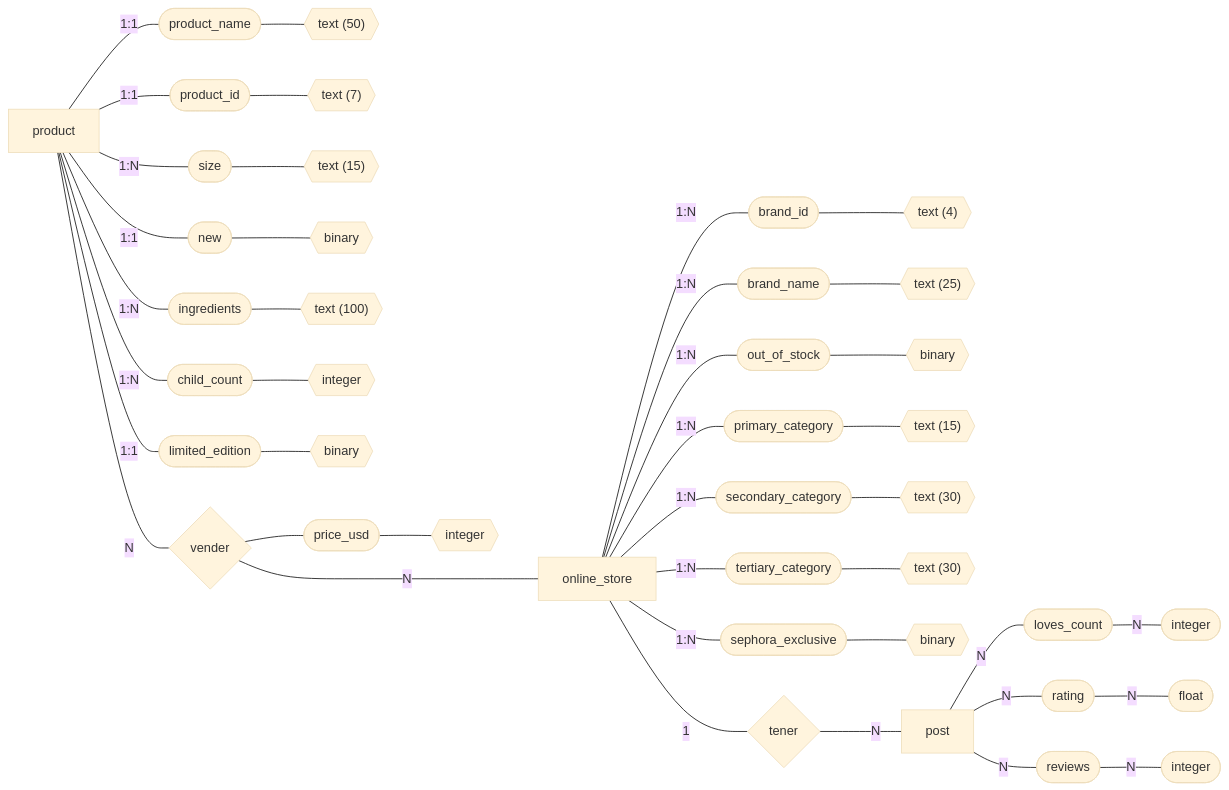
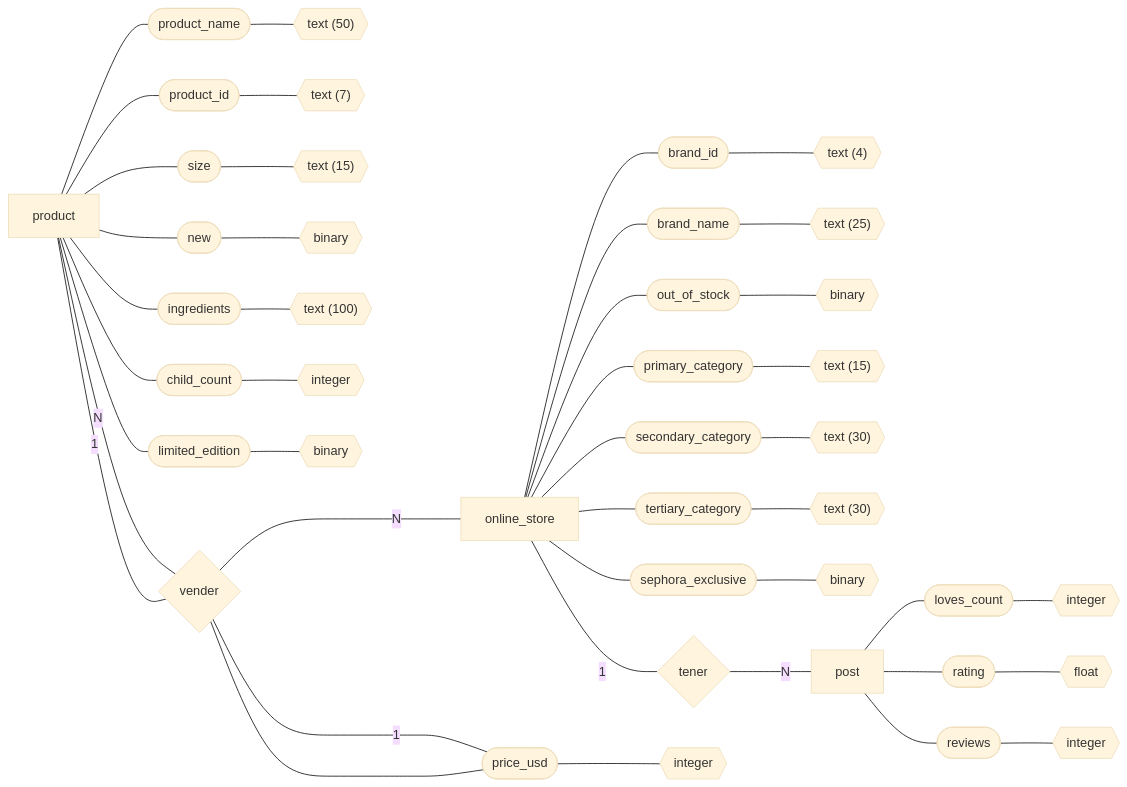
Before and after one commit to GracielaUscanga/claseBDR: the diagram in tarea2.md, drawn with Mermaid (base theme).

Commit message:
Correccion_tarea2

````diff
--- a/tarea2.md
+++ b/tarea2.md
@@ -4,48 +4,49 @@
 ```mermaid
 flowchart LR
-    product -- 1:1 --- product_name([product_name])
-    product -- 1:1 --- product_id([product_id])
-    product -- 1:N --- size([size])
-    product -- 1:1 --- new([new])
-    product -- 1:N --- ingredients([ingredients])
-    product -- 1:N --- child_count([child_count])
-    product -- 1:1 --- limited_edition([limited_edition])
+    product --- product_name([product_name])
+    product --- product_id([product_id])
+    product --- size([size])
+    product --- new([new])
+    product --- ingredients([ingredients])
+    product --- child_count([child_count])
+    product --- limited_edition([limited_edition])
 
     product_name --- texto1{{"text (50)"}}
     product_id --- texto2{{"text (7)"}}
     size --- texto3{{"text (15)"}}
     new --- texto4{{binary}}
     ingredients --- texto5{{"text (100)"}}
     child_count --- texto6{{integer}}
     limited_edition --- texto7{{binary}}
 
-    online_store -- 1:N --- brand_id([brand_id])
-    online_store -- 1:N --- brand_name([brand_name])
-    online_store -- 1:N --- out_of_stock([out_of_stock])
-    online_store -- 1:N --- primary_category([primary_category])
-    online_store -- 1:N --- secondary_category([secondary_category])
-    online_store -- 1:N --- tertiary_category([tertiary_category])
-    online_store -- 1:N --- sephora_exclusive([sephora_exclusive])
+    online_store --- brand_id([brand_id])
+    online_store --- brand_name([brand_name])
+    online_store --- out_of_stock([out_of_stock])
+    online_store --- primary_category([primary_category])
+    online_store --- secondary_category([secondary_category])
+    online_store --- tertiary_category([tertiary_category])
+    online_store --- sephora_exclusive([sephora_exclusive])
 
     brand_id --- texto8{{"text (4)"}}
     brand_name --- texto9{{"text (25)"}}
     out_of_stock --- texto10{{binary}}
     primary_category --- texto11{{"text (15)"}}
     secondary_category --- texto12{{"text (30)"}}
     tertiary_category --- texto13{{"text (30)"}}
     sephora_exclusive --- texto14{{binary}}
 
-    post -- N --- loves_count([loves_count])
-    post -- N --- rating([rating])
-    post -- N --- reviews([reviews])
+    post --- loves_count([loves_count])
+    post --- rating([rating])
+    post --- reviews([reviews])
 
-    loves_count -- N --- texto15([integer])
-    rating -- N --- texto16([float])
-    reviews -- N --- texto17([integer])
+    loves_count --- texto15{{integer}}
+    rating --- texto16{{float}}
+    reviews --- texto17{{integer}}
 
     product -- N --- relacion1{vender} -- N ----- online_store
+    product -- 1 --- relacion1{vender} -- 1 ----- price_usd
     online_store -- 1 --- relacion2{tener} -- N --- post
 
     relacion1 --- price_usd([price_usd])
     price_usd --- texto18{{integer}}
 ```
````
